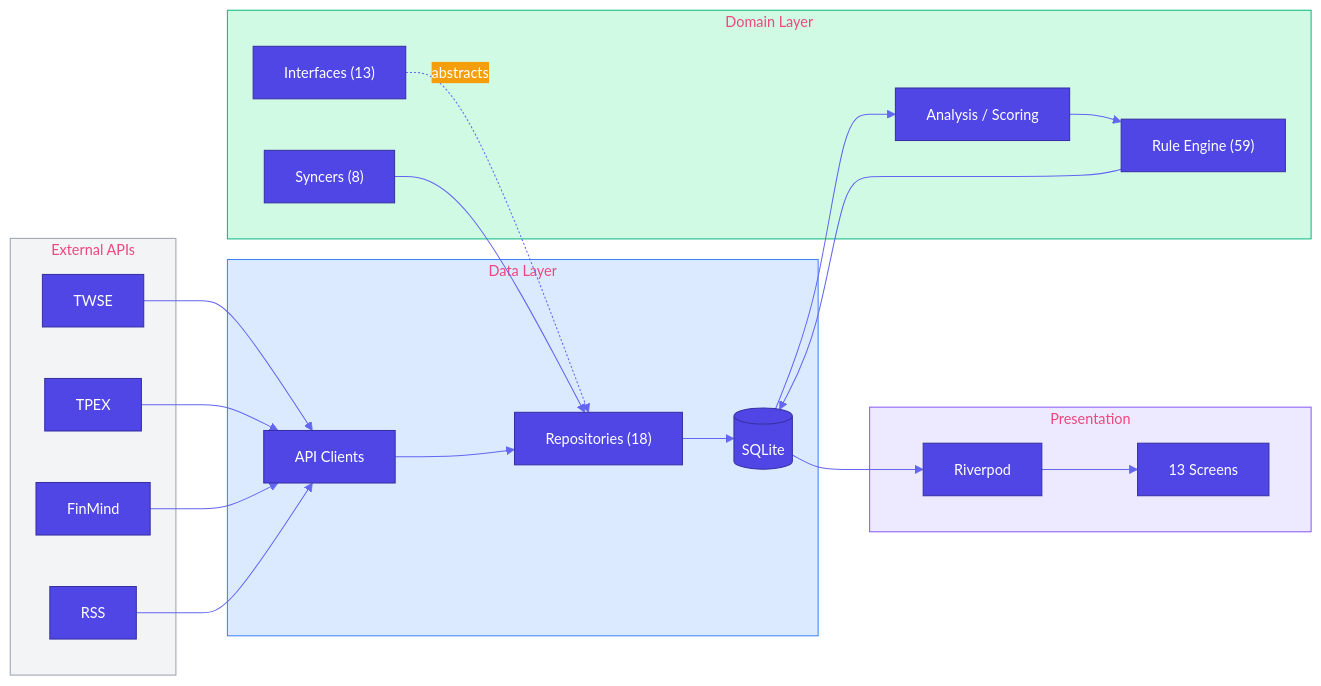
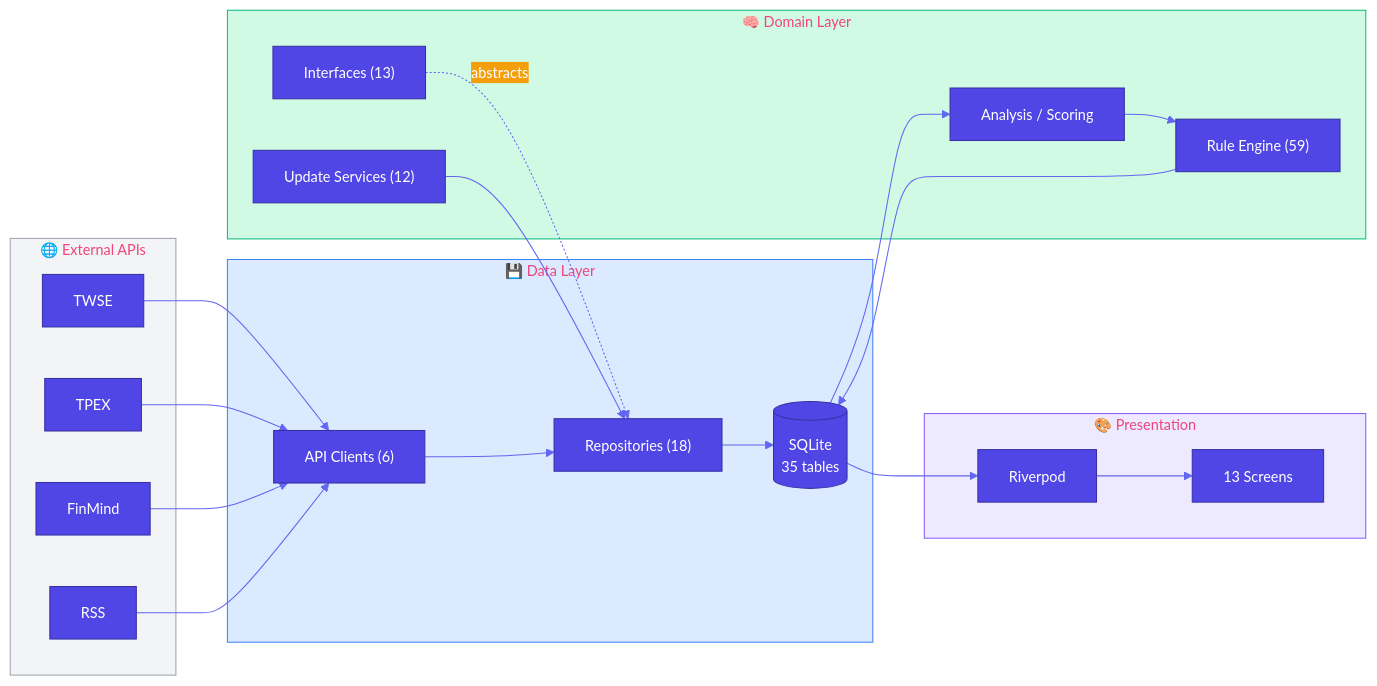
The first of 2 diagrams in README.md (Neal75418/afterclose), drawn with Mermaid before and after one commit. The commit also changed other lines of this file and 40 other files, not shown here.

````diff
--- a/README.md
+++ b/README.md
@@ -72,41 +88,41 @@
 ```mermaid
 %%{init: {'theme': 'base', 'themeVariables': {'primaryColor': '#4F46E5', 'primaryTextColor': '#fff', 'primaryBorderColor': '#3730A3', 'secondaryColor': '#F59E0B', 'tertiaryColor': '#10B981', 'lineColor': '#6366F1', 'fontSize': '14px'}}}%%
 flowchart LR
-    subgraph External["External APIs"]
+    subgraph External["🌐 External APIs"]
         TWSE["TWSE"]
         TPEX["TPEX"]
         FM["FinMind"]
         RSS["RSS"]
     end
 
-    subgraph Data["Data Layer"]
-        Remote["API Clients"]
+    subgraph Data["💾 Data Layer"]
+        Remote["API Clients (6)"]
         Repo["Repositories (18)"]
-        DB[("SQLite")]
+        DB[("SQLite\n35 tables")]
     end
 
-    subgraph Domain["Domain Layer"]
+    subgraph Domain["🧠 Domain Layer"]
         IF["Interfaces (13)"]
         Services["Analysis / Scoring"]
         Rules["Rule Engine (59)"]
-        Update["Syncers (8)"]
+        Update["Update Services (12)"]
     end
 
-    subgraph Presentation["Presentation"]
+    subgraph Presentation["🎨 Presentation"]
         Provider["Riverpod"]
         UI["13 Screens"]
     end
 
     TWSE & TPEX & FM & RSS --> Remote
     Remote --> Repo --> DB
     IF -.->|abstracts| Repo
     DB --> Services --> Rules
     Rules --> DB
     Update --> Repo
     DB --> Provider --> UI
 
     style External fill:#F3F4F6,stroke:#9CA3AF
     style Data fill:#DBEAFE,stroke:#3B82F6
     style Domain fill:#D1FAE5,stroke:#10B981
     style Presentation fill:#EDE9FE,stroke:#8B5CF6
 ```
````
